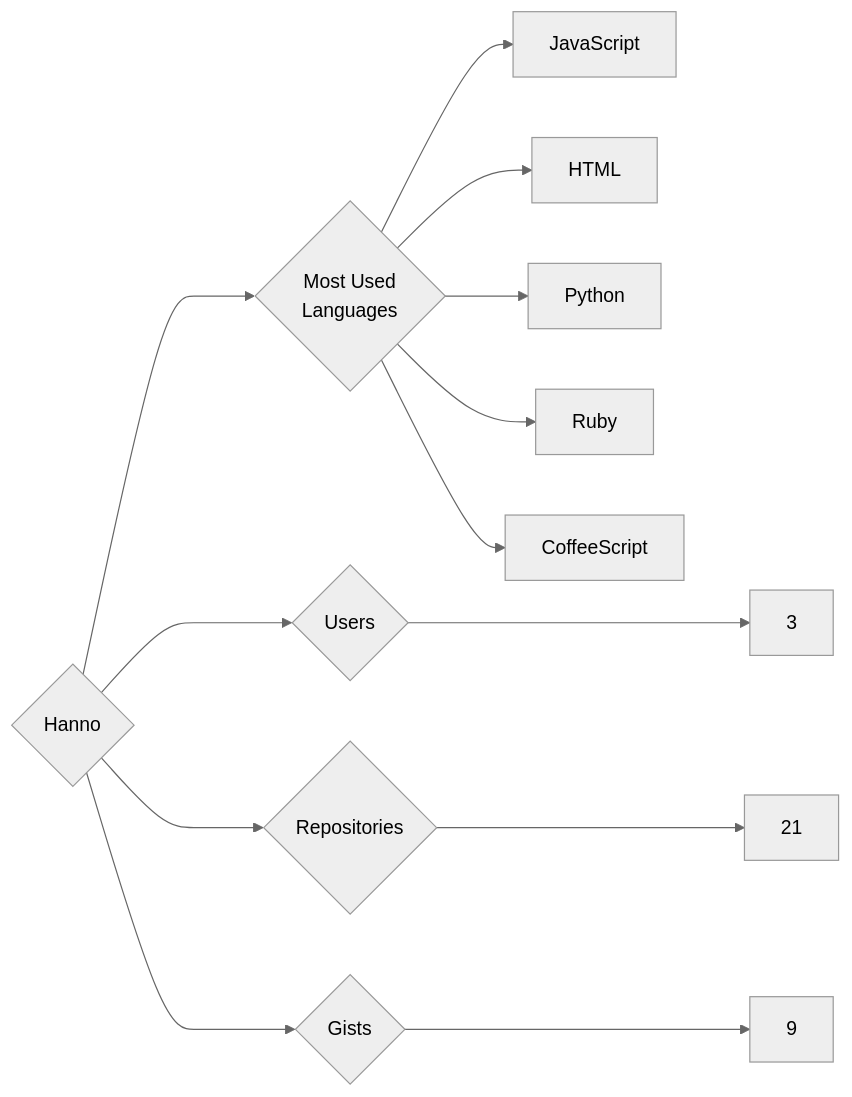
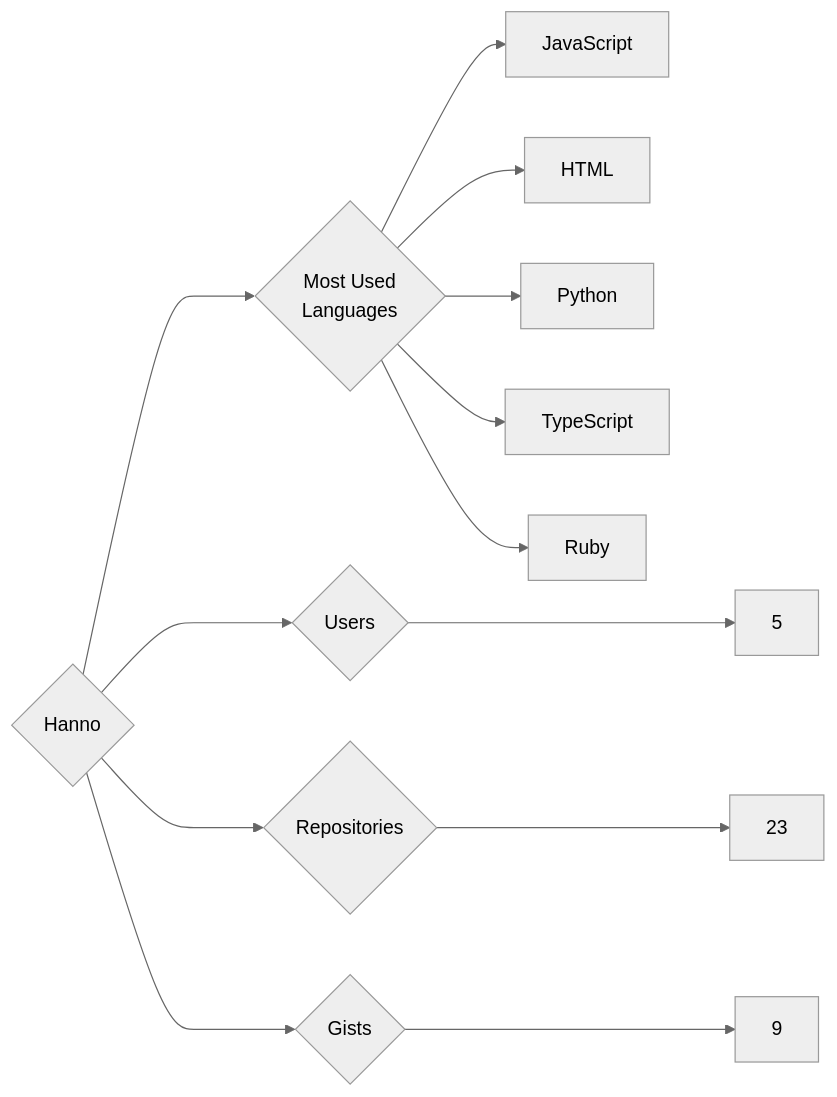
One commit to trickest/insiders changed the diagram in targets/Hanno/README.md. Above: the diagram before and after it, drawn with Mermaid (neutral theme). The commit also changed 1084 other files, not shown here.

````diff
--- a/targets/Hanno/README.md
+++ b/targets/Hanno/README.md
@@ -3,13 +3,13 @@
 ```mermaid
 graph LR
 COMPANY_NAME{Hanno}
-COMPANY_NAME ---> U{Users} ---> UN[3]
-COMPANY_NAME ---> R{Repositories} ---> RN[21]
+COMPANY_NAME ---> U{Users} ---> UN[5]
+COMPANY_NAME ---> R{Repositories} ---> RN[23]
 COMPANY_NAME ---> G{Gists} ---> GN[9]
 COMPANY_NAME ---> ML{Most Used<br>Languages}
 ML --> JavaScript[JavaScript]
 ML --> HTML[HTML]
 ML --> Python[Python]
+ML --> TypeScript[TypeScript]
 ML --> Ruby[Ruby]
-ML --> CoffeeScript[CoffeeScript]
 ```
````
